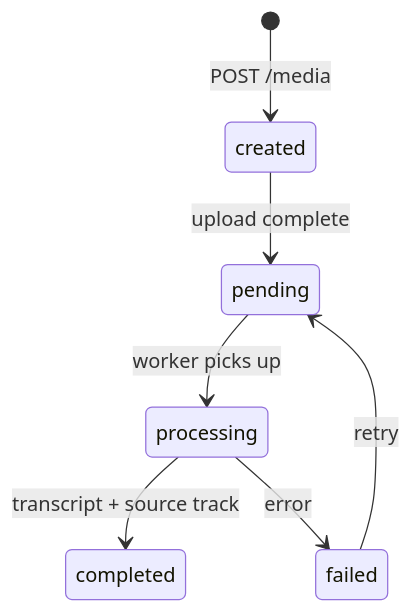
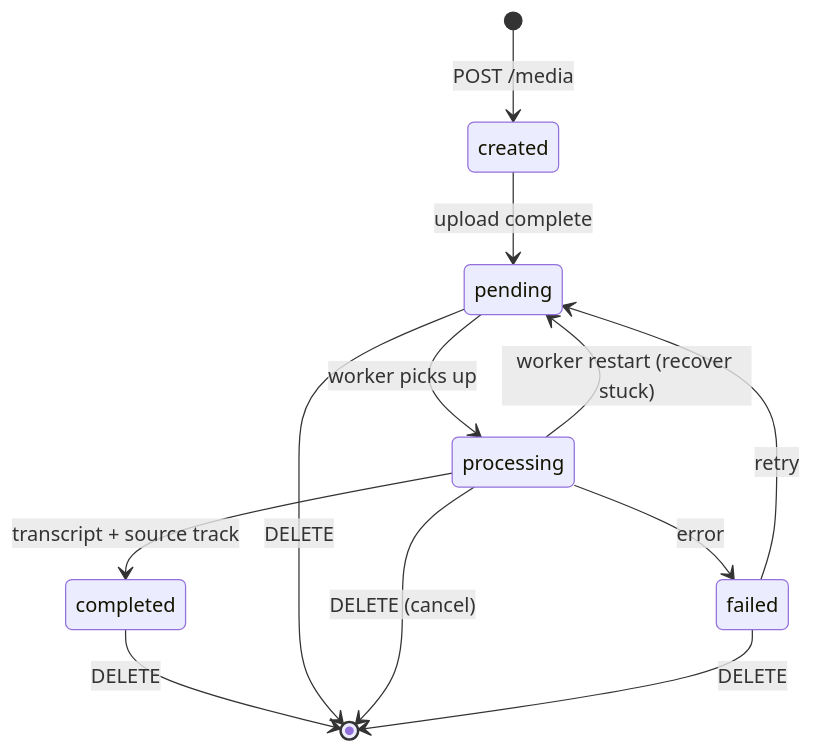
The sixth of 9 diagrams in docs/architecture.md (Ziyang-Liao/WhisperX), drawn with Mermaid before and after one commit. The commit also changed other lines of this file and 1 other file, not shown here.

First line of the commit message:
docs: sync architecture diagrams with current implementation

````diff
--- a/docs/architecture.md
+++ b/docs/architecture.md
@@ -171,9 +202,14 @@
 ```mermaid
 stateDiagram-v2
     [*] --> created: POST /media
     created --> pending: upload complete
     pending --> processing: worker picks up
     processing --> completed: transcript + source track
     processing --> failed: error
+    processing --> pending: worker restart (recover stuck)
     failed --> pending: retry
+    completed --> [*]: DELETE
+    pending --> [*]: DELETE
+    processing --> [*]: DELETE (cancel)
+    failed --> [*]: DELETE
 ```
````
